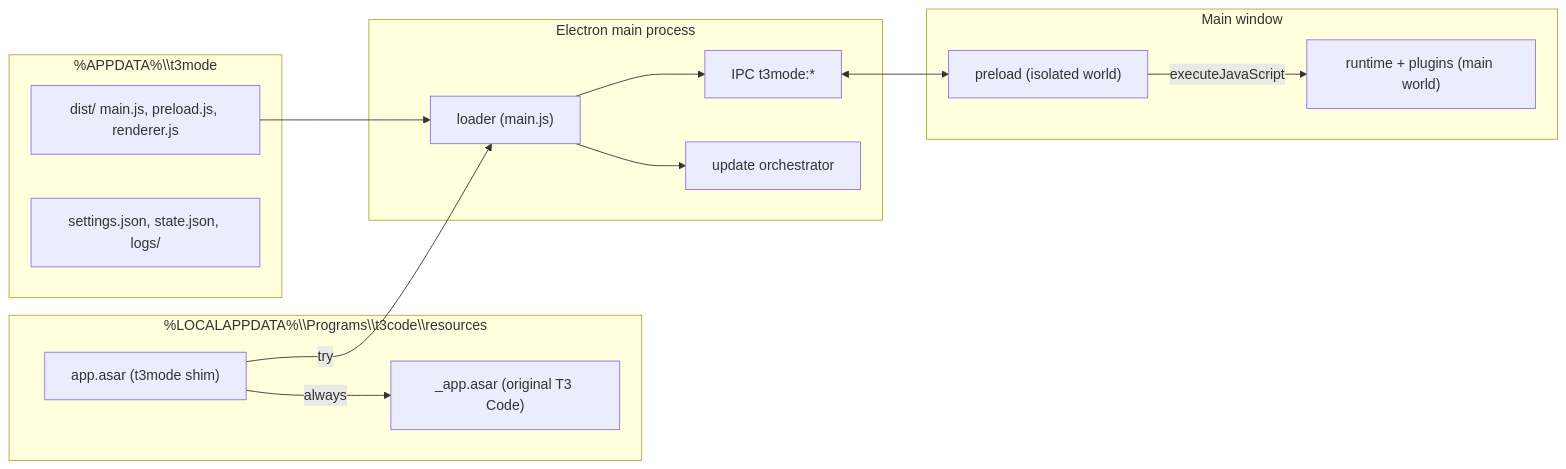
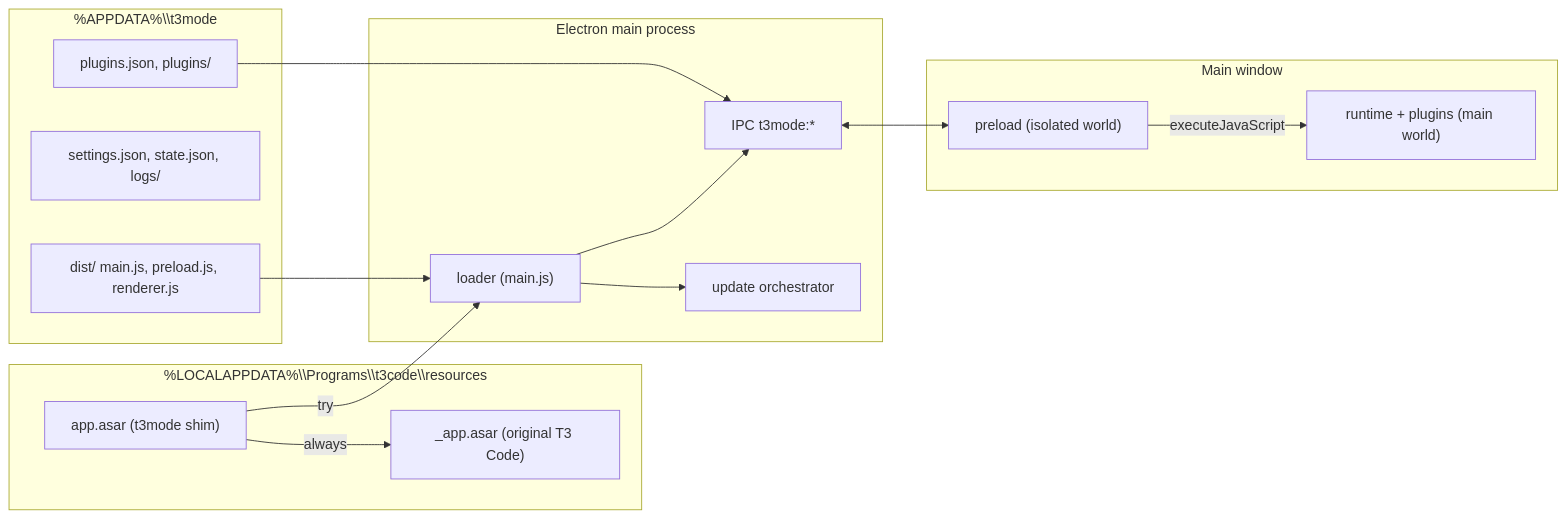
One commit to Hezaerd/t3mode changed the diagram in docs/architecture.md. Above: the diagram before and after it, drawn with Mermaid. The commit also changed other lines of this file, not shown here.

Commit message:
docs: design standalone plugins installed from GitHub

````diff
--- a/docs/architecture.md
+++ b/docs/architecture.md
@@ -41,25 +41,27 @@
 ```mermaid
 flowchart LR
   subgraph Install["%LOCALAPPDATA%\\Programs\\t3code\\resources"]
     SHIM["app.asar (t3mode shim)"]
     ORIG["_app.asar (original T3 Code)"]
   end
   subgraph Data["%APPDATA%\\t3mode"]
     DIST["dist/ main.js, preload.js, renderer.js"]
     CFG["settings.json, state.json, logs/"]
+    PLG["plugins.json, plugins/"]
   end
   subgraph Main["Electron main process"]
     LOADER["loader (main.js)"]
     IPC["IPC t3mode:*"]
     UPD["update orchestrator"]
   end
   subgraph Win["Main window"]
     PRE["preload (isolated world)"]
     RT["runtime + plugins (main world)"]
   end
   SHIM -->|try| LOADER
   SHIM -->|always| ORIG
   DIST --> LOADER
+  PLG --> IPC
   LOADER --> IPC & UPD
   IPC <--> PRE -->|executeJavaScript| RT
 ```
````
